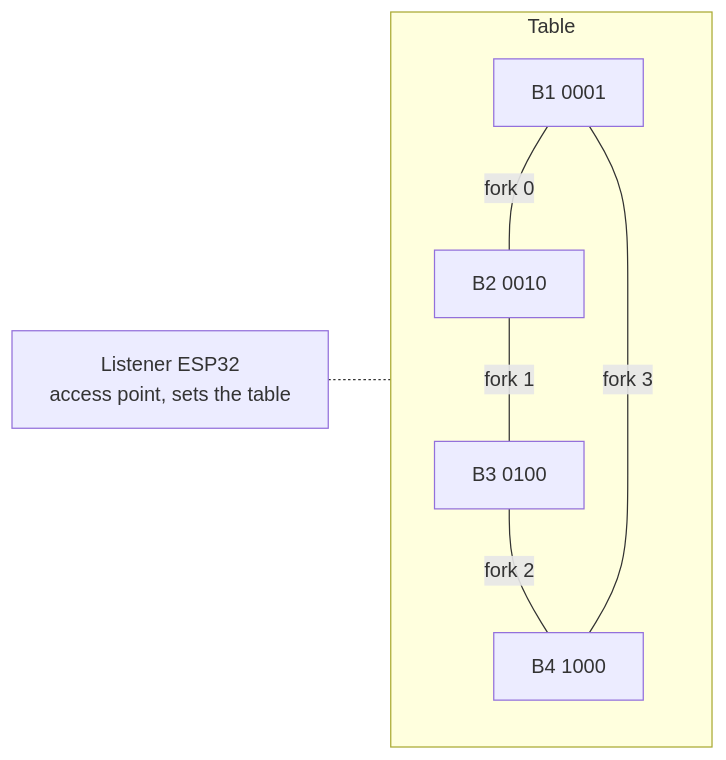
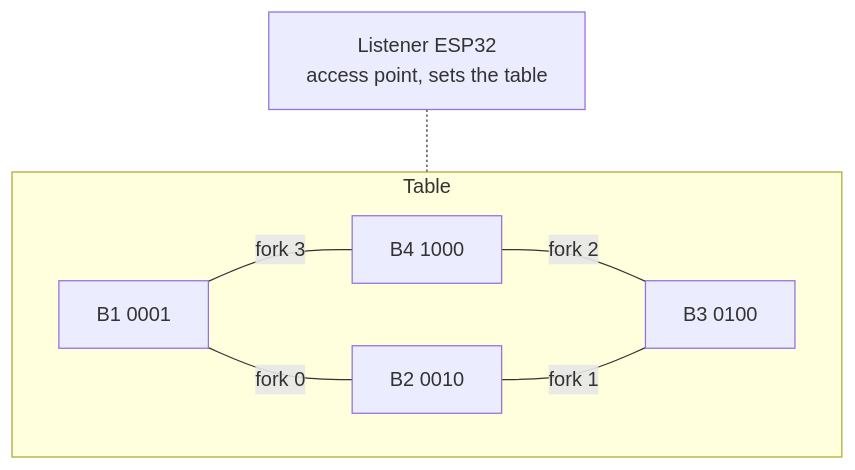
Before and after one commit to mike-segfault/low-cost-distributed-sync: the first of 2 diagrams in src/communication/09-dining-philosophers/01-classical/DIAGRAM.md, drawn with Mermaid.

Commit message:
Correct classical dining philosophers diagram

````diff
--- a/src/communication/09-dining-philosophers/01-classical/DIAGRAM.md
+++ b/src/communication/09-dining-philosophers/01-classical/DIAGRAM.md
@@ -3,10 +3,10 @@
 ```mermaid
-flowchart LR
+flowchart TB
     L["Listener ESP32<br/>access point, sets the table"] -.- T
     subgraph T [Table]
-        B1["B1 0001"] --- |"fork 0"| B2["B2 0010"]
-        B2 --- |"fork 1"| B3["B3 0100"]
-        B3 --- |"fork 2"| B4["B4 1000"]
-        B4 --- |"fork 3"| B1
+        B1["B1 0001"] --- |"fork 3"| B4["B4 1000"]
+        B1 --- |"fork 0"| B2["B2 0010"]
+        B4 --- |"fork 2"| B3["B3 0100"]
+        B2 --- |"fork 1"| B3
     end
 ```
````
